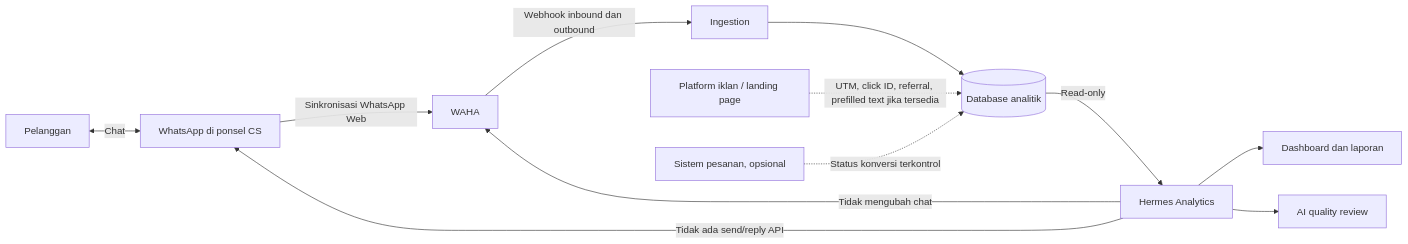
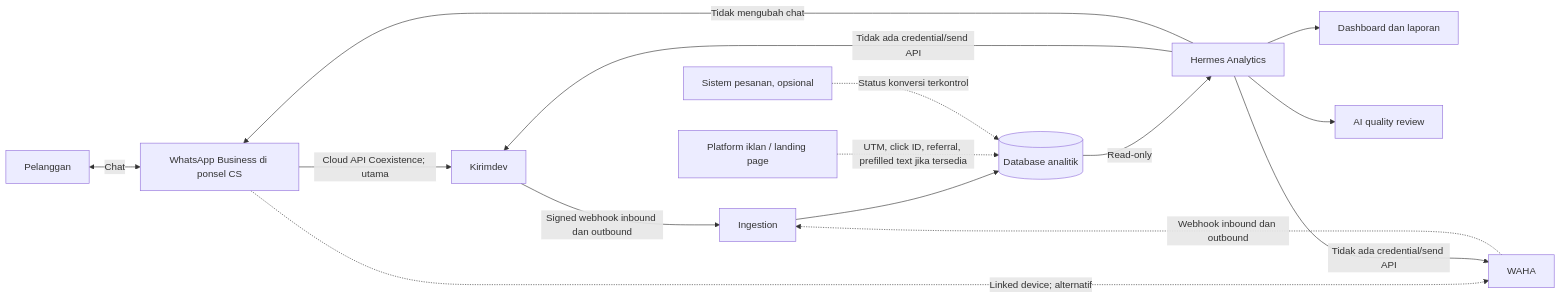
One commit to syahrizal-as/prd-project changed the first of 6 diagrams in PRD-AqiqahPro-Hermes-WhatsApp-Ads-CS-Analytics.md. Above: the diagram before and after it, drawn with Mermaid. The commit also changed other lines of this file, not shown here.

````diff
--- a/PRD-AqiqahPro-Hermes-WhatsApp-Ads-CS-Analytics.md
+++ b/PRD-AqiqahPro-Hermes-WhatsApp-Ads-CS-Analytics.md
@@ -78,16 +78,19 @@
 ```mermaid
 flowchart LR
-    C[Pelanggan] <-->|Chat| W[WhatsApp di ponsel CS]
-    W -->|Sinkronisasi WhatsApp Web| H[WAHA]
-    H -->|Webhook inbound dan outbound| I[Ingestion]
+    C[Pelanggan] <-->|Chat| W[WhatsApp Business di ponsel CS]
+    W -->|Cloud API Coexistence; utama| K[Kirimdev]
+    W -.->|Linked device; alternatif| H[WAHA]
+    K -->|Signed webhook inbound dan outbound| I[Ingestion]
+    H -.->|Webhook inbound dan outbound| I
     I --> D[(Database analitik)]
     D -->|Read-only| A[Hermes Analytics]
     A --> B[Dashboard dan laporan]
     A --> Q[AI quality review]
 
     X[Platform iklan / landing page] -.->|UTM, click ID, referral, prefilled text jika tersedia| D
     O[Sistem pesanan, opsional] -.->|Status konversi terkontrol| D
 
-    A x-->|Tidak ada send/reply API| W
-    A x-->|Tidak mengubah chat| H
+    A x-->|Tidak ada credential/send API| K
+    A x-->|Tidak ada credential/send API| H
+    A x-->|Tidak mengubah chat| W
 ```
````
